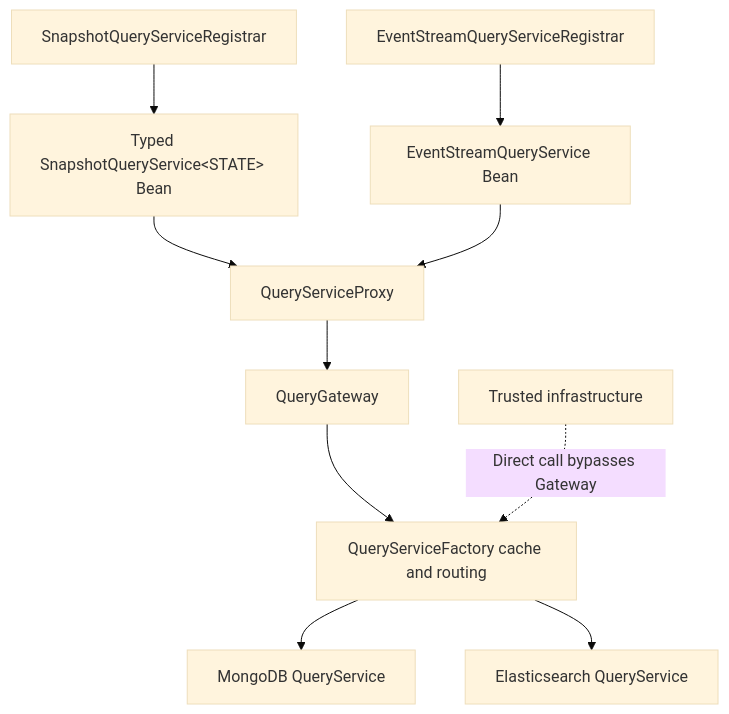
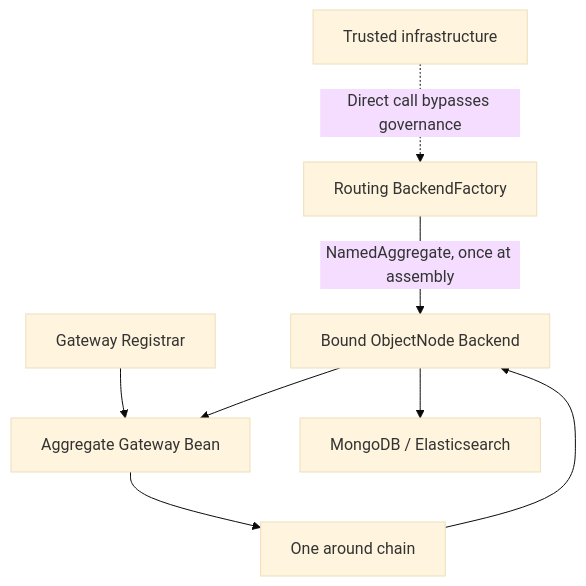
One commit to Ahoo-Wang/Wow changed the diagram in documentation/docs/en/guide/query/query-backend.md. Above: the diagram before and after it, drawn with Mermaid (base theme). The commit also changed other lines of this file and 248 other files, not shown here.

First line of the commit message:
refactor(query): introduce V9 query gateway backends (#3095)

````diff
--- a/documentation/docs/en/guide/query/query-backend.md
+++ b/documentation/docs/en/guide/query/query-backend.md
@@ -12,12 +18,10 @@
 ```mermaid
 flowchart TB
-    SnapshotRegistrar["SnapshotQueryServiceRegistrar"] --> SnapshotBean["Typed SnapshotQueryService&lt;STATE&gt; Bean"]
-    EventRegistrar["EventStreamQueryServiceRegistrar"] --> EventBean["EventStreamQueryService Bean"]
-    SnapshotBean --> Proxy["QueryServiceProxy"]
-    EventBean --> Proxy
-    Proxy --> Gateway["QueryGateway"]
-    Gateway --> Factory["QueryServiceFactory cache and routing"]
-    Factory --> Mongo["MongoDB QueryService"]
-    Factory --> Elastic["Elasticsearch QueryService"]
-    Infra["Trusted infrastructure"] -. "Direct call bypasses Gateway" .-> Factory
+    Route["Routing BackendFactory"] -->|"NamedAggregate, once at assembly"| Backend["Bound ObjectNode Backend"]
+    Registrar["Gateway Registrar"] --> Gateway["Aggregate Gateway Bean"]
+    Backend --> Gateway
+    Gateway --> Chain["One around chain"]
+    Chain --> Backend
+    Backend --> Store["MongoDB / Elasticsearch"]
+    Infra["Trusted infrastructure"] -. "Direct call bypasses governance" .-> Route
 ```
````
